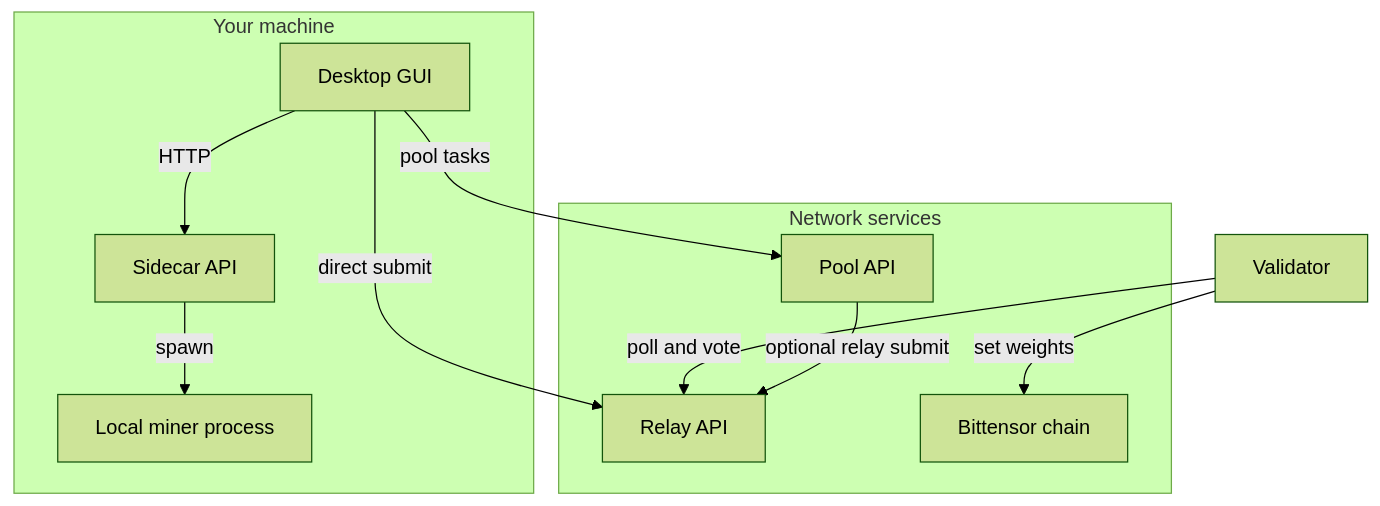
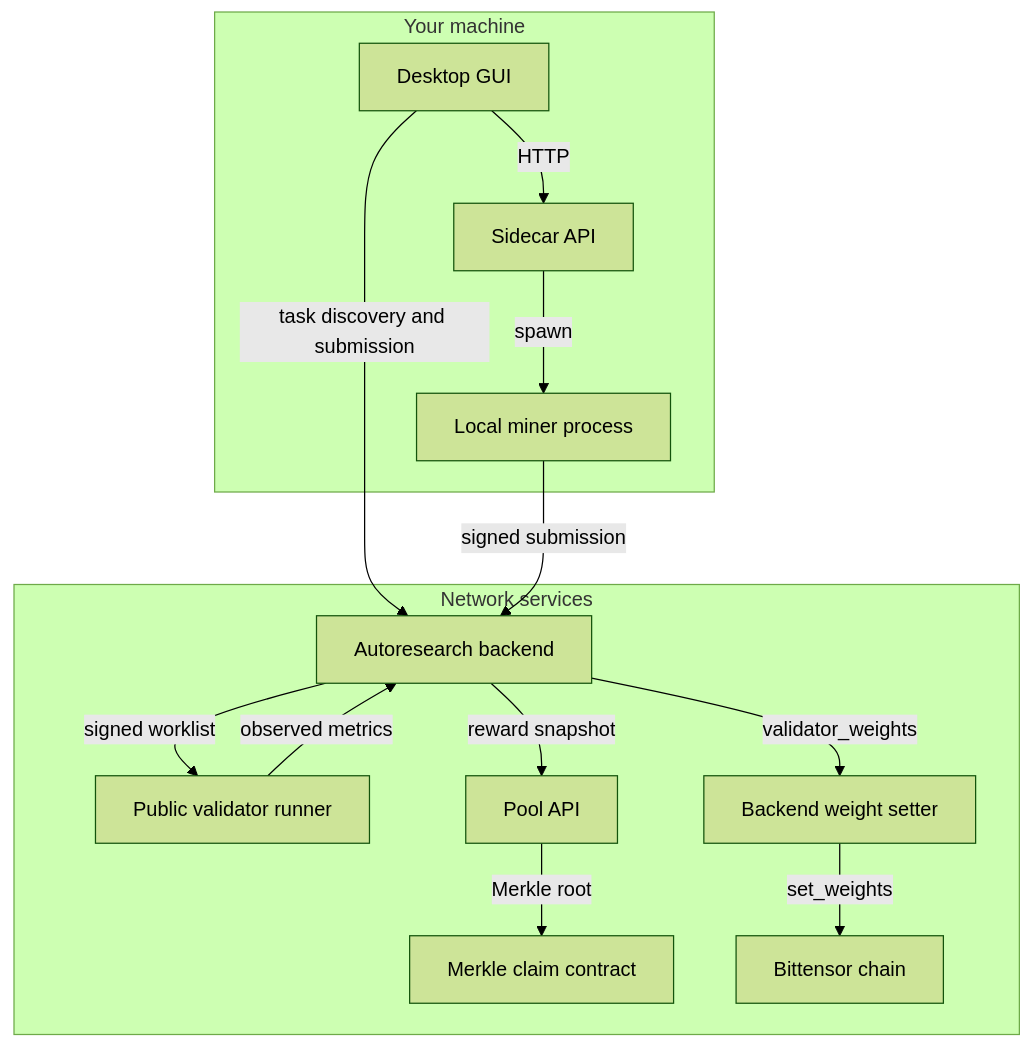
The diagram in docs/index.md (AlveusLabs/SN94-BitSota), drawn with Mermaid (forest theme) before and after one commit. The commit also changed other lines of this file and 3 other files, not shown here.

````diff
--- a/docs/index.md
+++ b/docs/index.md
@@ -18,22 +19,28 @@
 ```mermaid
 flowchart TB
   subgraph Local[Your machine]
     GUI[Desktop GUI]
     Sidecar[Sidecar API]
     Miner[Local miner process]
     GUI -->|HTTP| Sidecar
     Sidecar -->|spawn| Miner
   end
 
   subgraph Services[Network services]
-    Relay[Relay API]
+    Backend[Autoresearch backend]
+    Validator[Public validator runner]
+    WeightSetter[Backend weight setter]
     PoolAPI[Pool API]
+    Contract[Merkle claim contract]
     Chain[Bittensor chain]
   end
 
-  GUI -->|direct submit| Relay
-  GUI -->|pool tasks| PoolAPI
-  Validator[Validator] -->|poll and vote| Relay
-  Validator -->|set weights| Chain
-  PoolAPI -->|optional relay submit| Relay
+  GUI -->|task discovery and submission| Backend
+  Miner -->|signed submission| Backend
+  Backend -->|signed worklist| Validator
+  Validator -->|observed metrics| Backend
+  Backend -->|reward snapshot| PoolAPI
+  PoolAPI -->|Merkle root| Contract
+  Backend -->|validator_weights| WeightSetter
+  WeightSetter -->|set_weights| Chain
 ```
````
